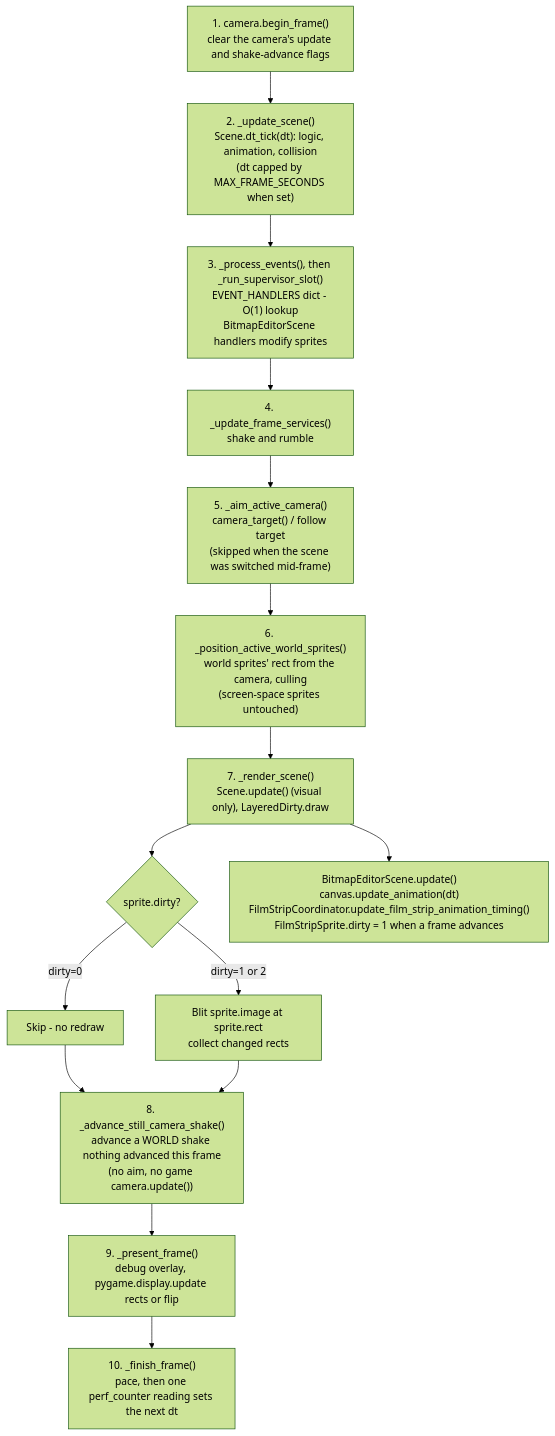
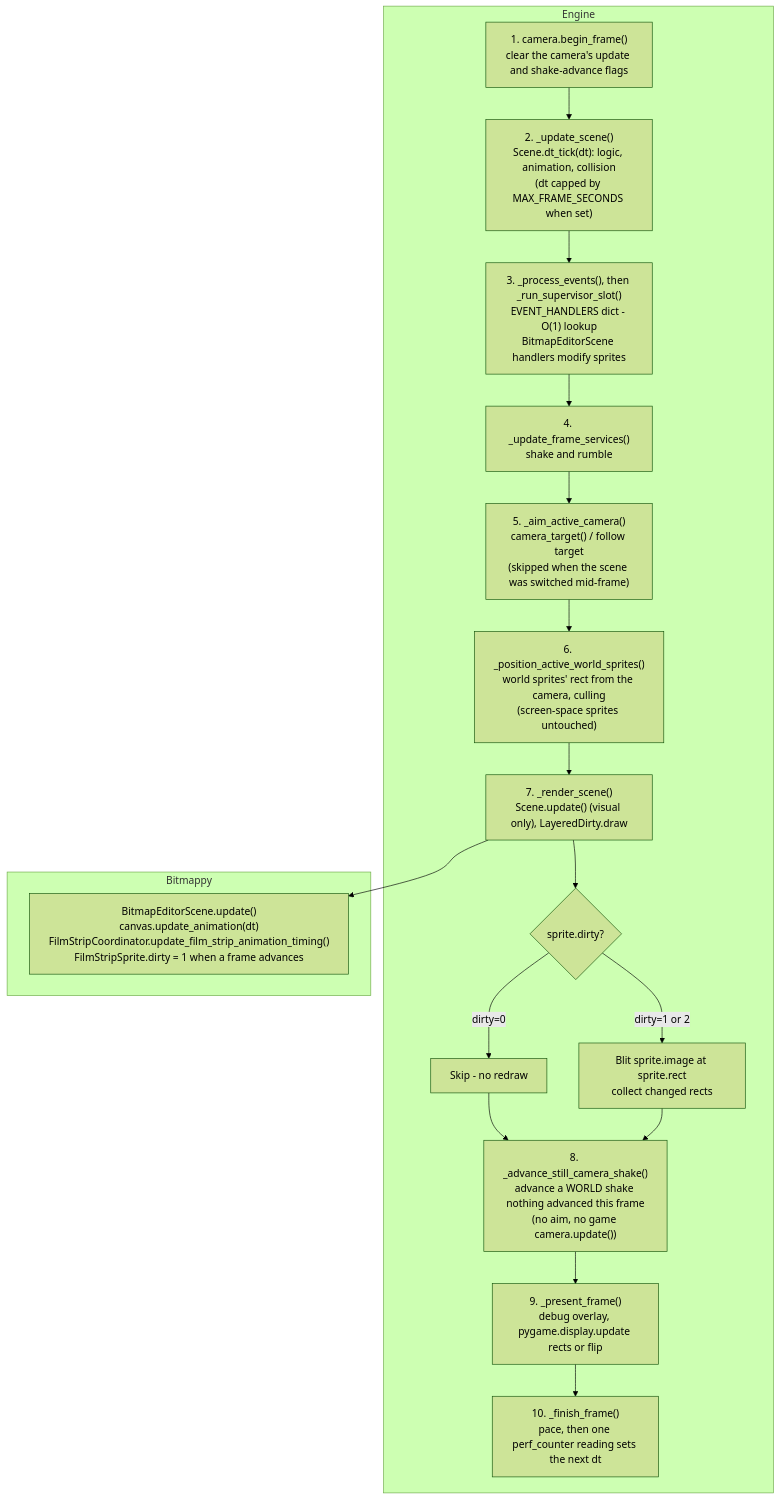
One commit to terrysimons/glitchygames changed the seventh of 10 diagrams in docs/architecture/bitmappy.md. Above: the diagram before and after it, drawn with Mermaid (forest theme). The commit also changed other lines of this file and 5 other files, not shown here.

First line of the commit message:
Docs: every diagram that mixes engine and game code shows the split

````diff
--- a/docs/architecture/bitmappy.md
+++ b/docs/architecture/bitmappy.md
@@ -284,18 +347,23 @@
 ```mermaid
 flowchart TD
-    BEGIN["1. camera.begin_frame()\nclear the camera's update and shake-advance flags"] --> LOGIC
-    LOGIC["2. _update_scene()\nScene.dt_tick(dt): logic, animation, collision\n(dt capped by MAX_FRAME_SECONDS when set)"] --> EVENTS
-    EVENTS["3. _process_events(), then _run_supervisor_slot()\nEVENT_HANDLERS dict - O(1) lookup\nBitmapEditorScene handlers modify sprites"] --> SERVICES
-    SERVICES["4. _update_frame_services()\nshake and rumble"] --> AIM
-    AIM["5. _aim_active_camera()\ncamera_target() / follow target\n(skipped when the scene was switched mid-frame)"] --> POSITION
-    POSITION["6. _position_active_world_sprites()\nworld sprites' rect from the camera, culling\n(screen-space sprites untouched)"] --> RENDER
-    RENDER["7. _render_scene()\nScene.update() (visual only), LayeredDirty.draw"] --> CHECK{"sprite.dirty?"}
-    RENDER --> FM["BitmapEditorScene.update()\ncanvas.update_animation(dt)\nFilmStripCoordinator.update_film_strip_animation_timing()\nFilmStripSprite.dirty = 1 when a frame advances"]
-    CHECK -->|"dirty=0"| SKIP["Skip - no redraw"]
-    CHECK -->|"dirty=1 or 2"| REDRAW["Blit sprite.image at sprite.rect\ncollect changed rects"]
-    SKIP --> STILL
-    REDRAW --> STILL
-    STILL["8. _advance_still_camera_shake()\nadvance a WORLD shake nothing advanced this frame\n(no aim, no game camera.update())"] --> PRESENT
-    PRESENT["9. _present_frame()\ndebug overlay, pygame.display.update rects or flip"] --> FINISH
-    FINISH["10. _finish_frame()\npace, then one perf_counter reading sets the next dt"]
+    subgraph ENGINE_BITMAPPY_FRAME["Engine"]
+        BEGIN["1. camera.begin_frame()\nclear the camera's update and shake-advance flags"] --> LOGIC
+        LOGIC["2. _update_scene()\nScene.dt_tick(dt): logic, animation, collision\n(dt capped by MAX_FRAME_SECONDS when set)"] --> EVENTS
+        EVENTS["3. _process_events(), then _run_supervisor_slot()\nEVENT_HANDLERS dict - O(1) lookup\nBitmapEditorScene handlers modify sprites"] --> SERVICES
+        SERVICES["4. _update_frame_services()\nshake and rumble"] --> AIM
+        AIM["5. _aim_active_camera()\ncamera_target() / follow target\n(skipped when the scene was switched mid-frame)"] --> POSITION
+        POSITION["6. _position_active_world_sprites()\nworld sprites' rect from the camera, culling\n(screen-space sprites untouched)"] --> RENDER
+        RENDER["7. _render_scene()\nScene.update() (visual only), LayeredDirty.draw"] --> CHECK{"sprite.dirty?"}
+        CHECK -->|"dirty=0"| SKIP["Skip - no redraw"]
+        CHECK -->|"dirty=1 or 2"| REDRAW["Blit sprite.image at sprite.rect\ncollect changed rects"]
+        SKIP --> STILL
+        REDRAW --> STILL
+        STILL["8. _advance_still_camera_shake()\nadvance a WORLD shake nothing advanced this frame\n(no aim, no game camera.update())"] --> PRESENT
+        PRESENT["9. _present_frame()\ndebug overlay, pygame.display.update rects or flip"] --> FINISH
+        FINISH["10. _finish_frame()\npace, then one perf_counter reading sets the next dt"]
+    end
+    subgraph APP_BITMAPPY_FRAME["Bitmappy"]
+        FM["BitmapEditorScene.update()\ncanvas.update_animation(dt)\nFilmStripCoordinator.update_film_strip_animation_timing()\nFilmStripSprite.dirty = 1 when a frame advances"]
+    end
+    RENDER --> FM
 ```
````
